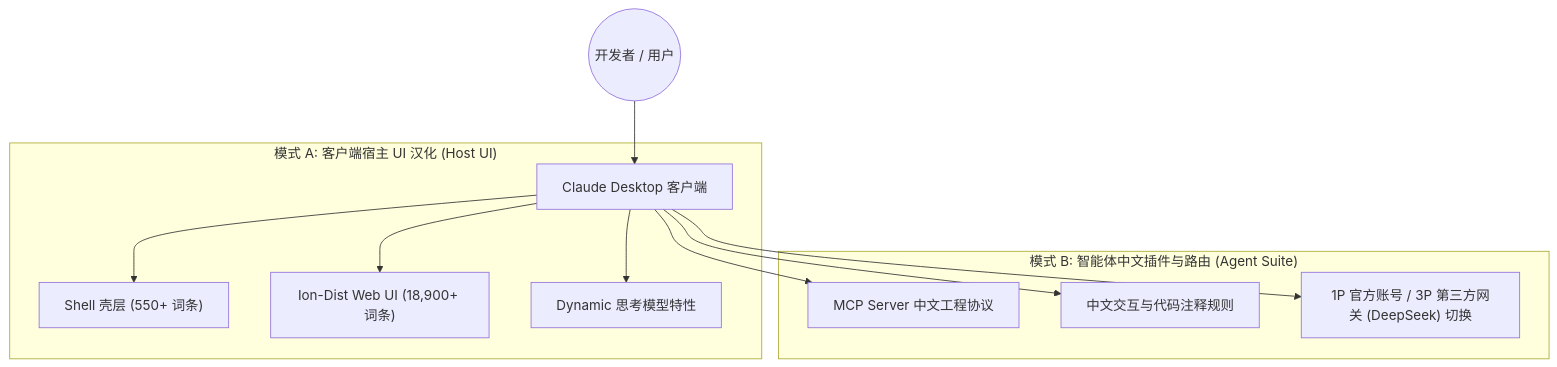
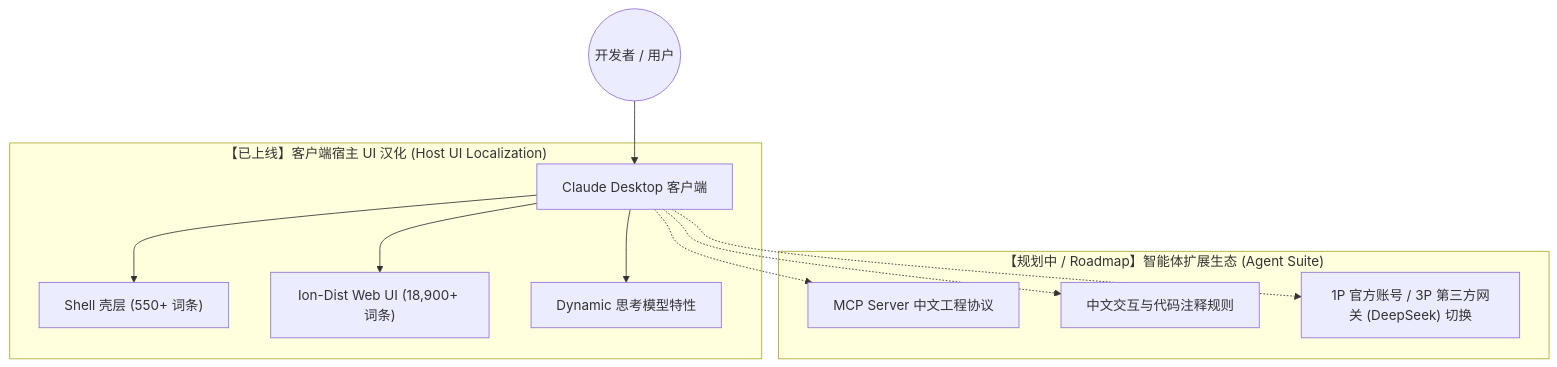
The first of 2 diagrams in README.md (yiheng8023/claude-chinese), drawn with Mermaid before and after one commit. The commit also changed other lines of this file and 6 other files, not shown here.

Commit message:
fix(security): enforce least-privilege ACL, physical JS rollback, customPath routing, and honest roadmap

````diff
--- a/README.md
+++ b/README.md
@@ -34,16 +34,16 @@
 ```mermaid
 graph TD
     User((开发者 / 用户)) --> ClaudeApp[Claude Desktop 客户端]
     
-    subgraph Mode1 ["模式 A: 客户端宿主 UI 汉化 (Host UI)"]
+    subgraph Mode1 ["【已上线】客户端宿主 UI 汉化 (Host UI Localization)"]
         ClaudeApp --> ShellLayer["Shell 壳层 (550+ 词条)"]
         ClaudeApp --> WebUILayer["Ion-Dist Web UI (18,900+ 词条)"]
         ClaudeApp --> DynamicLayer["Dynamic 思考模型特性"]
     end
     
-    subgraph Mode2 ["模式 B: 智能体中文插件与路由 (Agent Suite)"]
-        ClaudeApp --> MCP["MCP Server 中文工程协议"]
-        ClaudeApp --> Rules["中文交互与代码注释规则"]
-        ClaudeApp --> Switcher["1P 官方账号 / 3P 第三方网关 (DeepSeek) 切换"]
+    subgraph Mode2 ["【规划中 / Roadmap】智能体扩展生态 (Agent Suite)"]
+        ClaudeApp -.-> MCP["MCP Server 中文工程协议"]
+        ClaudeApp -.-> Rules["中文交互与代码注释规则"]
+        ClaudeApp -.-> Switcher["1P 官方账号 / 3P 第三方网关 (DeepSeek) 切换"]
     end
 ```
````
